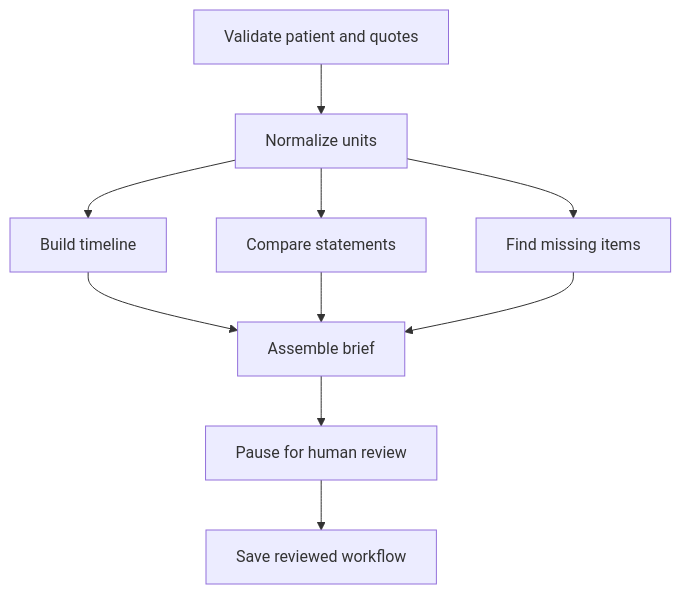
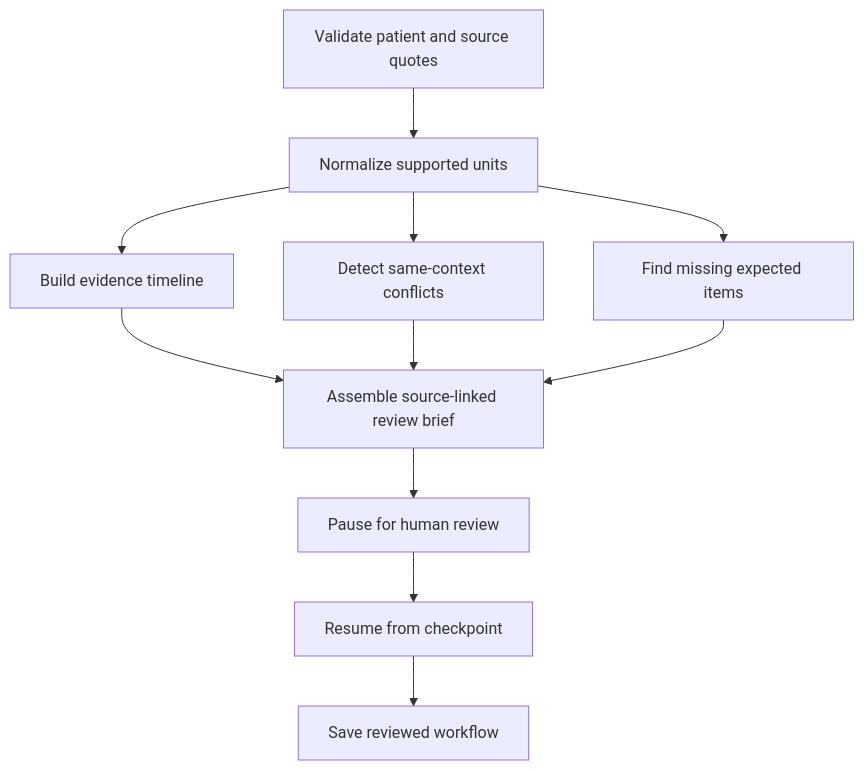
One commit to Sankalp-gupta1/clinical-evidence-twin changed the first of 3 diagrams in README.md. Above: the diagram before and after it, drawn with Mermaid. The commit also changed other lines of this file, not shown here.

Commit message:
Rewrite README with detailed product problem, architecture, workflows, safety, and setup

````diff
--- a/README.md
+++ b/README.md
@@ -82,12 +225,15 @@
-```mermaid
+~~~mermaid
 flowchart TD
-  A[Validate patient and quotes] --> B[Normalize units]
-  B --> C[Build timeline]
-  B --> D[Compare statements]
-  B --> E[Find missing items]
-  C --> F[Assemble brief]
-  D --> F
-  E --> F
-  F --> G[Pause for human review]
-  G --> H[Save reviewed workflow]
-```
+    A[Validate patient and source quotes] --> B[Normalize supported units]
+    B --> C[Build evidence timeline]
+    B --> D[Detect same-context conflicts]
+    B --> E[Find missing expected items]
+
+    C --> F[Assemble source-linked review brief]
+    D --> F
+    E --> F
+
+    F --> G[Pause for human review]
+    G --> H[Resume from checkpoint]
+    H --> I[Save reviewed workflow]
+~~~
````
